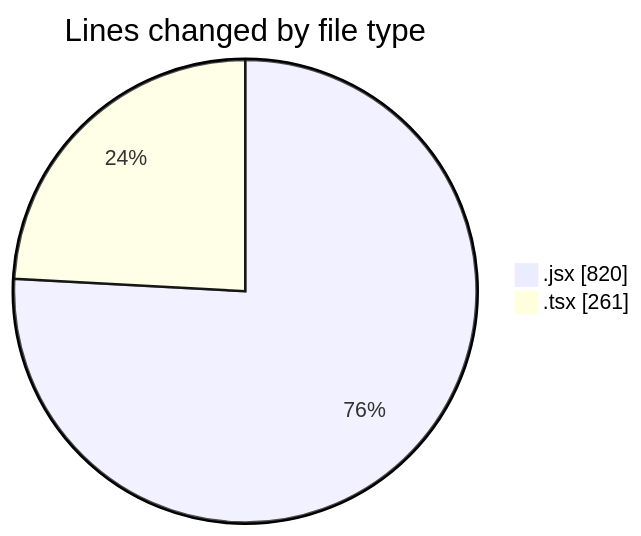
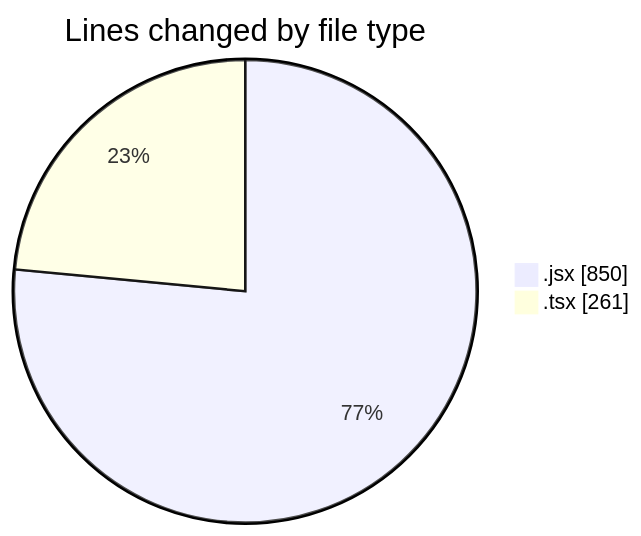
Before and after one commit to momahboobian/code-tracking: the first of 2 diagrams in 2026-02-11/cda/README.md, drawn with Mermaid. The commit also changed other lines of this file and 1 other file, not shown here.

````diff
--- a/2026-02-11/cda/README.md
+++ b/2026-02-11/cda/README.md
@@ -24,6 +24,6 @@
 ```mermaid
 pie showData
 title Lines changed by file type
-".jsx" : 820
+".jsx" : 850
 ".tsx" : 261
 ```
````
